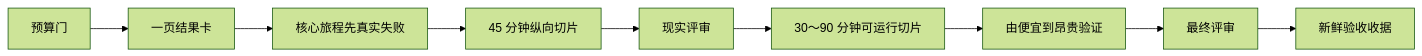
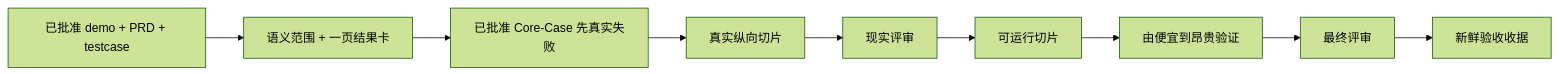
One commit to wallkop/opc-develop changed the diagram in README.zh-CN.md. Above: the diagram before and after it, drawn with Mermaid (forest theme). The commit also changed other lines of this file and 65 other files, not shown here.

````diff
--- a/README.zh-CN.md
+++ b/README.zh-CN.md
@@ -290,11 +302,11 @@
 ```mermaid
 flowchart LR
-  A["预算门"] --> B["一页结果卡"]
-  B --> C["核心旅程先真实失败"]
-  C --> D["45 分钟纵向切片"]
+  A["已批准 demo + PRD + testcase"] --> B["语义范围 + 一页结果卡"]
+  B --> C["已批准 Core-Case 先真实失败"]
+  C --> D["真实纵向切片"]
   D --> E["现实评审"]
-  E --> F["30～90 分钟可运行切片"]
+  E --> F["可运行切片"]
   F --> G["由便宜到昂贵验证"]
   G --> H["最终评审"]
   H --> I["新鲜验收收据"]
 ```
````
